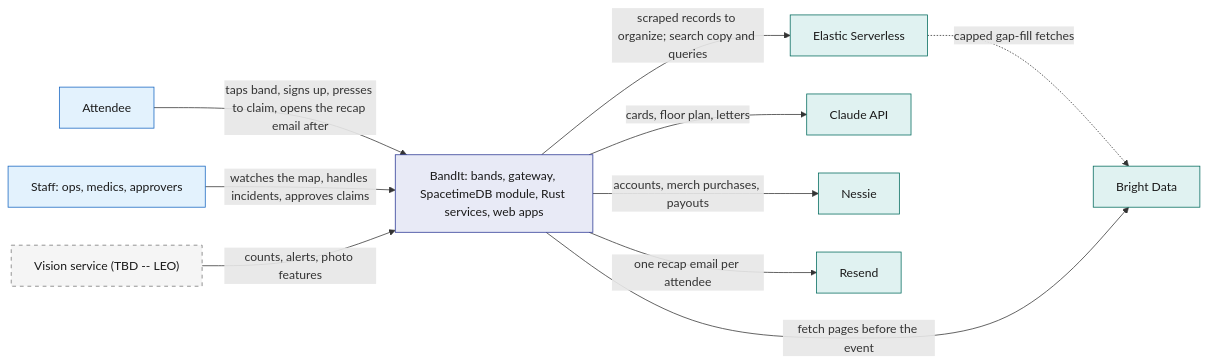
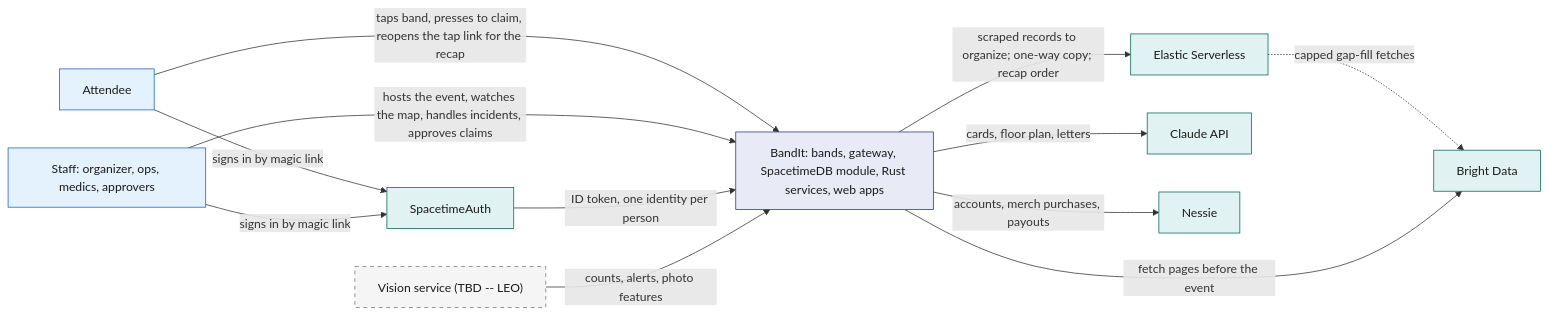
Before and after one commit to viktorinkov/cal-hacks-13: the first of 5 diagrams in System Design/1-overview/Architecture.md, drawn with Mermaid. The commit also changed other lines of this file and 21 other files, not shown here.

````diff
--- a/System Design/1-overview/Architecture.md
+++ b/System Design/1-overview/Architecture.md
@@ -57,31 +57,33 @@
 ```mermaid
 flowchart LR
   Attendee["Attendee"]
-  Staff["Staff: ops, medics, approvers"]
+  Staff["Staff: organizer, ops, medics, approvers"]
   BandIt["BandIt: bands, gateway, SpacetimeDB module, Rust services, web apps"]
+  Auth["SpacetimeAuth"]
   Elastic["Elastic Serverless"]
   Claude["Claude API"]
   Nessie["Nessie"]
   Bright["Bright Data"]
-  Resend["Resend"]
   Vision["Vision service (TBD -- LEO)"]
 
-  Attendee -->|"taps band, signs up, presses to claim, opens the recap email after"| BandIt
-  Staff -->|"watches the map, handles incidents, approves claims"| BandIt
-  BandIt -->|"scraped records to organize; search copy and queries"| Elastic
+  Attendee -->|"taps band, presses to claim, reopens the tap link for the recap"| BandIt
+  Staff -->|"hosts the event, watches the map, handles incidents, approves claims"| BandIt
+  Attendee -->|"signs in by magic link"| Auth
+  Staff -->|"signs in by magic link"| Auth
+  Auth -->|"ID token, one identity per person"| BandIt
+  BandIt -->|"scraped records to organize; one-way copy; recap order"| Elastic
   Elastic -.->|"capped gap-fill fetches"| Bright
   BandIt -->|"cards, floor plan, letters"| Claude
   BandIt -->|"accounts, merch purchases, payouts"| Nessie
   BandIt -->|"fetch pages before the event"| Bright
-  BandIt -->|"one recap email per attendee"| Resend
   Vision -->|"counts, alerts, photo features"| BandIt
 
   classDef web fill:#E3F2FD,stroke:#1565C0,color:#1A1A1A
   classDef stdb fill:#E8EAF6,stroke:#283593,color:#1A1A1A
   classDef ext fill:#E0F2F1,stroke:#00695C,color:#1A1A1A
   classDef tbd fill:#F5F5F5,stroke:#757575,color:#1A1A1A,stroke-dasharray:5 5
   class Attendee,Staff web
   class BandIt stdb
-  class Elastic,Claude,Nessie,Bright,Resend ext
+  class Auth,Elastic,Claude,Nessie,Bright ext
   class Vision tbd
 ```
````
